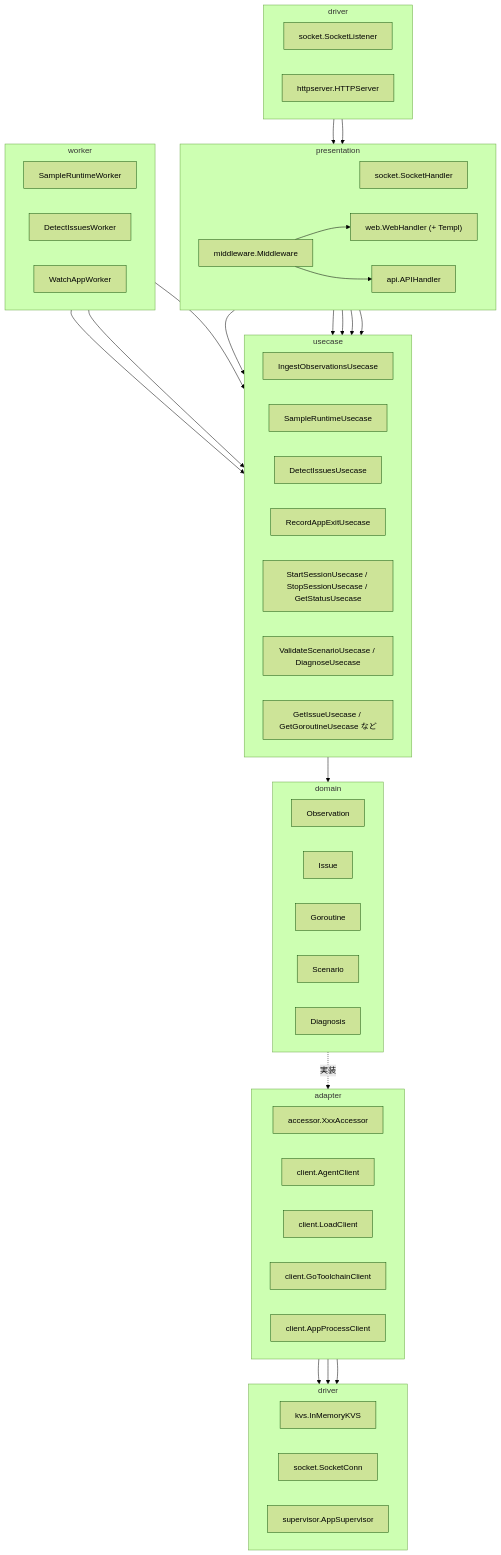
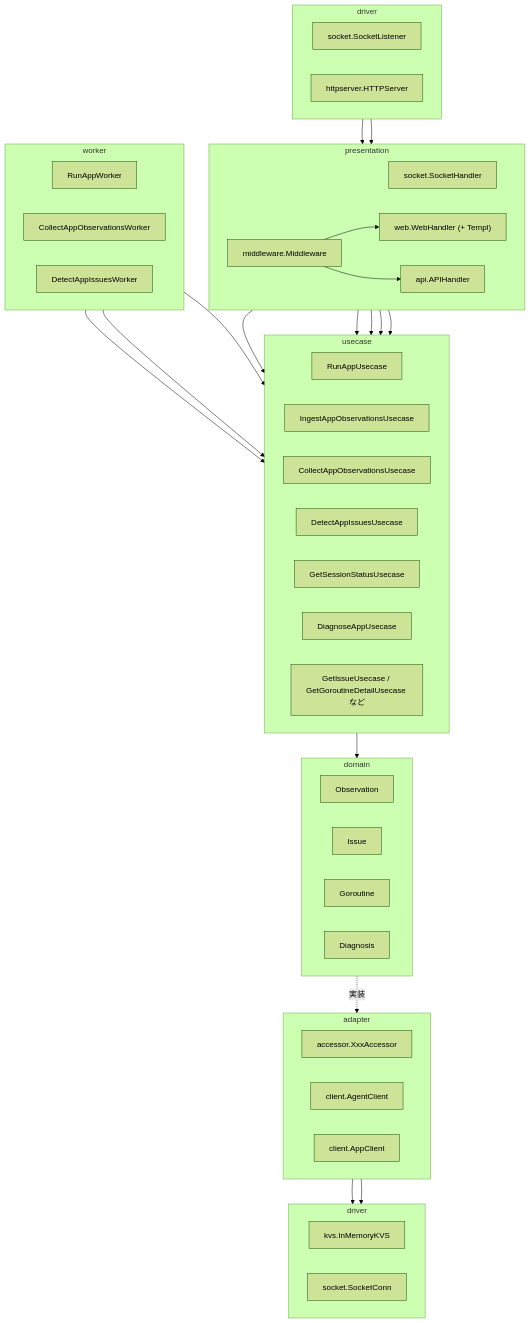
Before and after one commit to kakkky/gorviz: the fourth of 4 diagrams in docs/architecture.md, drawn with Mermaid (forest theme). The commit also changed other lines of this file, not shown here.

Commit message:
docs: move the app's lifetime into a worker, stop the server through the http api, keep the cli to commands only, start the agent from its own init with a stop overlaid into main, name usecases by what they do to which thing, and drop the processing flows left to the design

````diff
--- a/docs/architecture.md
+++ b/docs/architecture.md
@@ -157,70 +172,65 @@
 ```mermaid
 flowchart TD
     subgraph driverIn["driver"]
         direction LR
         SocketListener["socket.SocketListener"]
         HTTPServer["httpserver.HTTPServer"]
     end
     subgraph presentation["presentation"]
         direction LR
         SocketHandler["socket.SocketHandler"]
         Middleware["middleware.Middleware"]
         Handler["web.WebHandler (+ Templ)"]
         APIHandler["api.APIHandler"]
     end
     subgraph worker["worker"]
         direction LR
-        SampleRuntimeWorker
-        DetectIssuesWorker
-        WatchAppWorker
+        RunAppWorker
+        CollectAppObservationsWorker
+        DetectAppIssuesWorker
     end
     subgraph usecase["usecase"]
         direction LR
-        IngestObservationsUsecase
-        SampleRuntimeUsecase
-        DetectIssuesUsecase
-        RecordAppExitUsecase
-        SessionUsecases["StartSessionUsecase / StopSessionUsecase / GetStatusUsecase"]
-        DiagnoseUsecases["ValidateScenarioUsecase / DiagnoseUsecase"]
-        QueryUsecases["GetIssueUsecase / GetGoroutineUsecase など"]
+        RunAppUsecase
+        IngestAppObservationsUsecase
+        CollectAppObservationsUsecase
+        DetectAppIssuesUsecase
+        GetSessionStatusUsecase
+        DiagnoseAppUsecase
+        QueryUsecases["GetIssueUsecase / GetGoroutineDetailUsecase など"]
     end
     subgraph domain["domain"]
         direction LR
         Observation
         Issue
         Goroutine
-        Scenario
         Diagnosis
     end
     subgraph adapter["adapter"]
         direction LR
         Accessor["accessor.XxxAccessor"]
         AgentClient["client.AgentClient"]
-        LoadClient["client.LoadClient"]
-        ToolchainClient["client.GoToolchainClient"]
-        AppProcessClient["client.AppProcessClient"]
+        AppClient["client.AppClient"]
     end
     subgraph driverOut["driver"]
         direction LR
         InMemoryKVS["kvs.InMemoryKVS"]
         SocketConn["socket.SocketConn"]
-        AppSupervisor["supervisor.AppSupervisor"]
     end
 
-    SocketListener --> SocketHandler --> IngestObservationsUsecase
+    SocketListener --> SocketHandler --> IngestAppObservationsUsecase
     HTTPServer --> Middleware
     Middleware --> Handler
     Middleware --> APIHandler
     Handler --> QueryUsecases
-    APIHandler --> SessionUsecases
-    APIHandler --> DiagnoseUsecases
+    APIHandler --> GetSessionStatusUsecase
+    APIHandler --> DiagnoseAppUsecase
     APIHandler --> QueryUsecases
-    SampleRuntimeWorker --> SampleRuntimeUsecase
-    DetectIssuesWorker --> DetectIssuesUsecase
-    WatchAppWorker --> RecordAppExitUsecase
+    RunAppWorker --> RunAppUsecase
+    CollectAppObservationsWorker --> CollectAppObservationsUsecase
+    DetectAppIssuesWorker --> DetectAppIssuesUsecase
     usecase --> domain
     domain -. 実装 .-> adapter
     Accessor --> InMemoryKVS
     AgentClient --> SocketConn
-    AppProcessClient --> AppSupervisor
 ```
````
